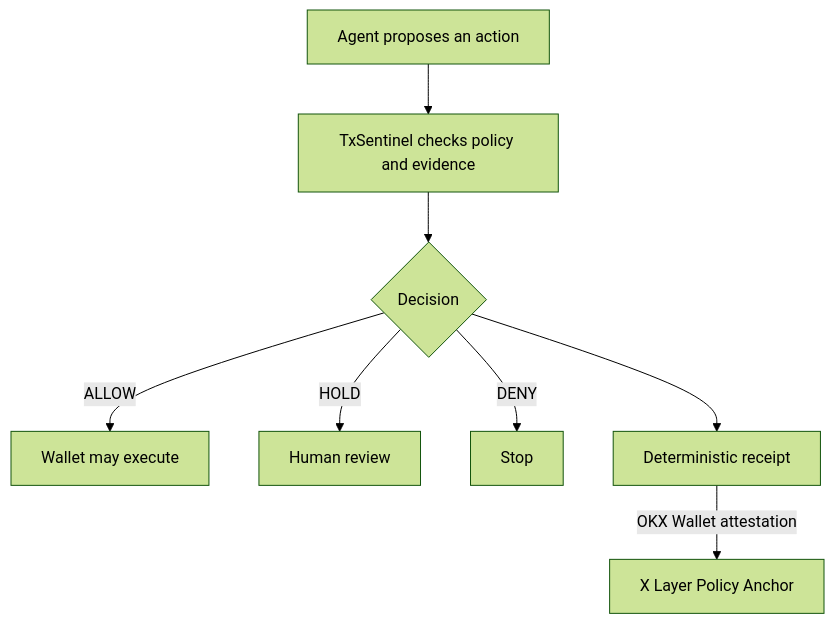
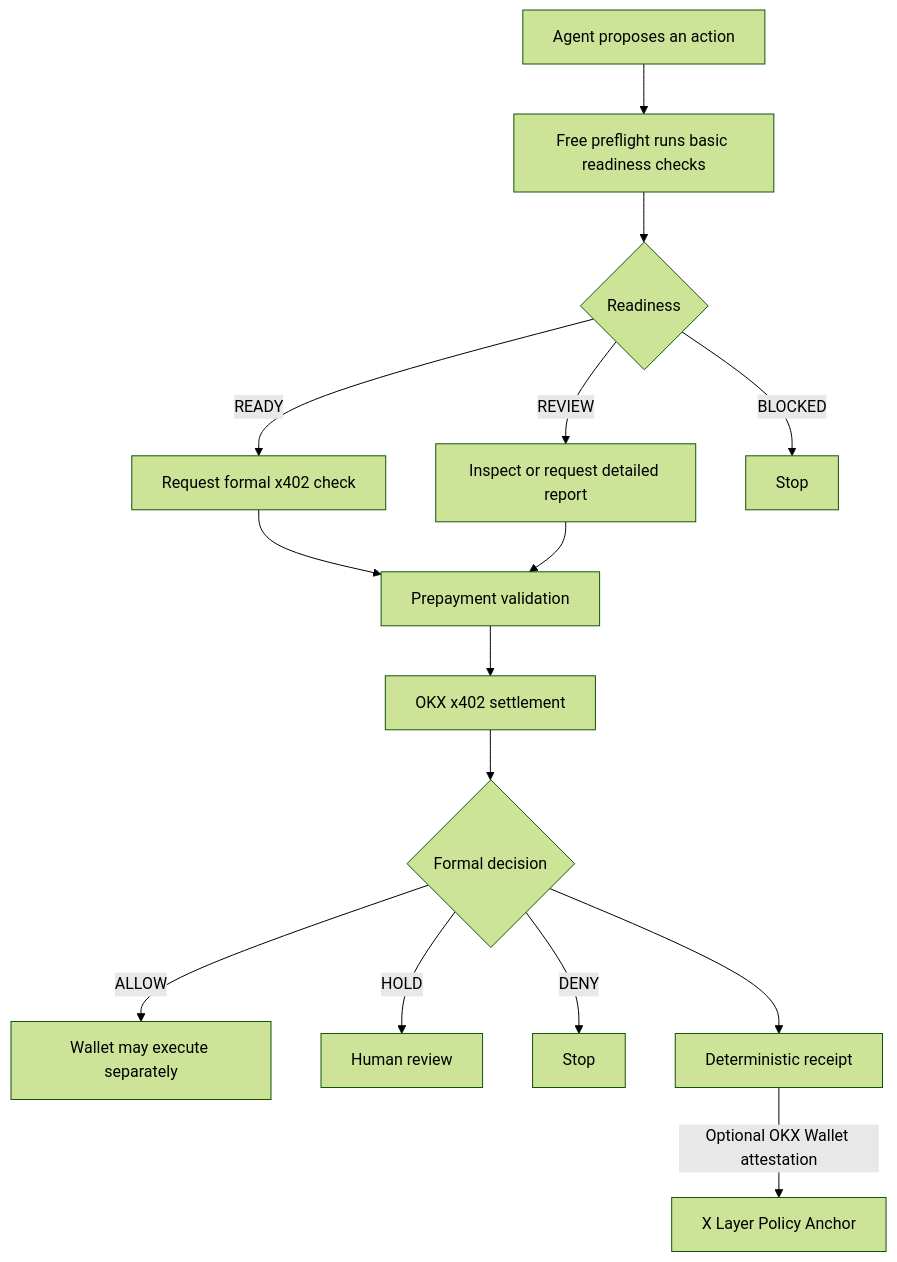
Before and after one commit to FeeeeelixWong/txsentinel-okx: the diagram in docs/diagrams/product-overview.mmd, drawn with Mermaid (forest theme). The commit also changed 38 other files, not shown here.

Commit message:
Separate free preflight from formal x402 checks

```diff
--- a/docs/diagrams/product-overview.mmd
+++ b/docs/diagrams/product-overview.mmd
@@ -1,8 +1,15 @@
 flowchart TB
-  A["Agent proposes an action"] --> B["TxSentinel checks policy and evidence"]
-  B --> C{"Decision"}
-  C -->|"ALLOW"| D["Wallet may execute"]
-  C -->|"HOLD"| E["Human review"]
-  C -->|"DENY"| F["Stop"]
-  C --> G["Deterministic receipt"]
-  G -->|"OKX Wallet attestation"| H["X Layer Policy Anchor"]
+  A["Agent proposes an action"] --> B["Free preflight runs basic readiness checks"]
+  B --> C{"Readiness"}
+  C -->|"READY"| D["Request formal x402 check"]
+  C -->|"REVIEW"| E["Inspect or request detailed report"]
+  C -->|"BLOCKED"| F["Stop"]
+  D --> G["Prepayment validation"]
+  E --> G
+  G --> H["OKX x402 settlement"]
+  H --> I{"Formal decision"}
+  I -->|"ALLOW"| J["Wallet may execute separately"]
+  I -->|"HOLD"| K["Human review"]
+  I -->|"DENY"| L["Stop"]
+  I --> M["Deterministic receipt"]
+  M -->|"Optional OKX Wallet attestation"| N["X Layer Policy Anchor"]
```
